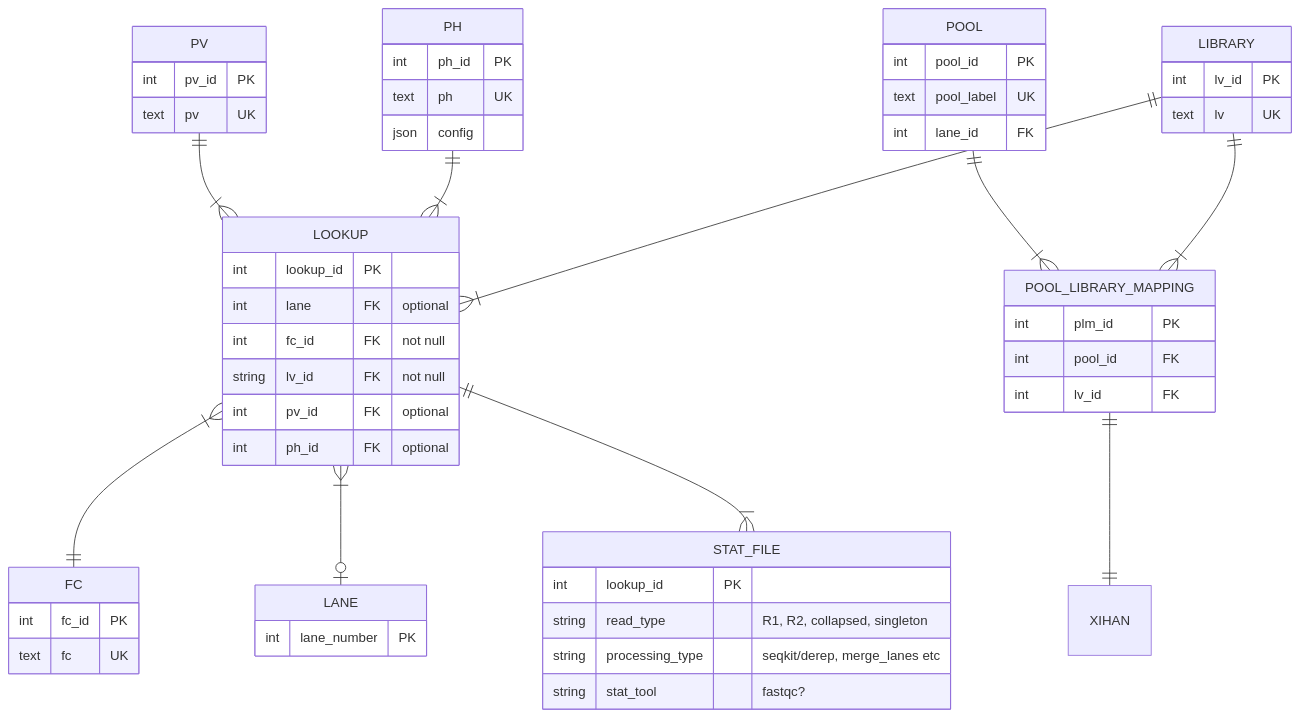
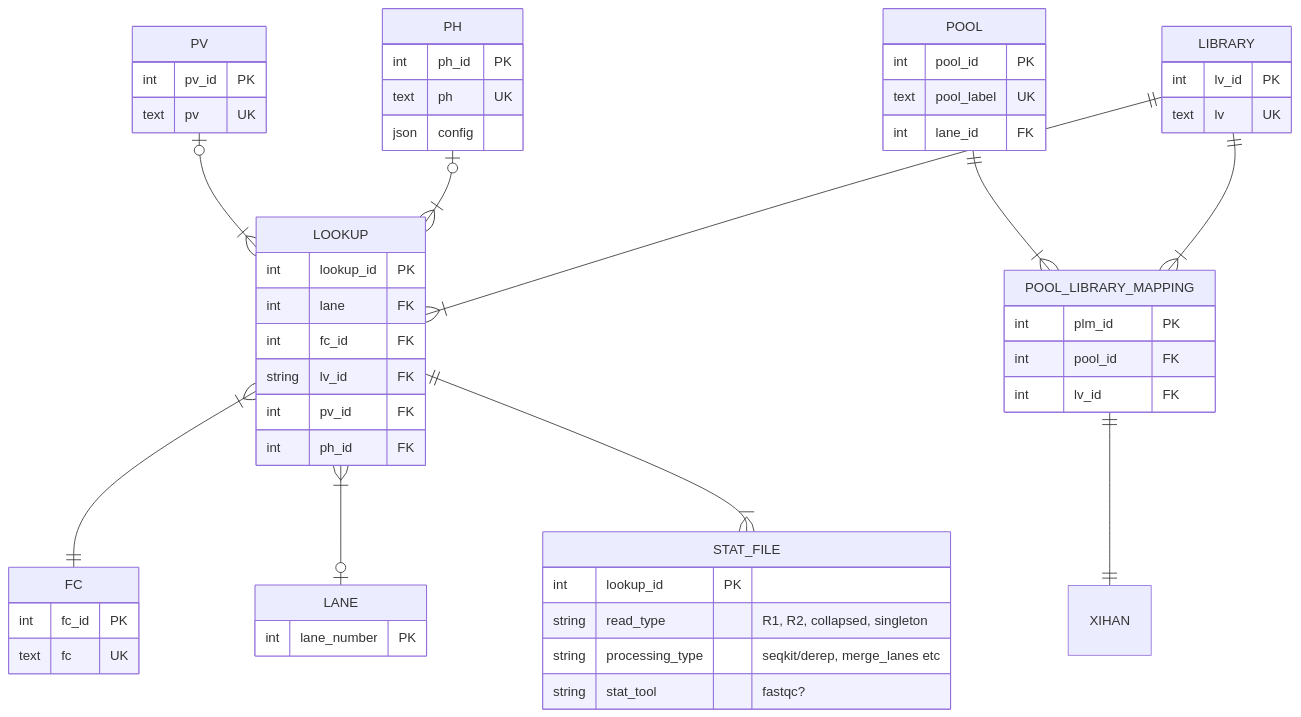
One commit to GeoGenetics/qc-parser changed the diagram in diagrams/main diagrams/partly normalized_2.md. Above: the diagram before and after it, drawn with Mermaid. The commit also changed other lines of this file, not shown here.

Commit message:
Revise ER diagram and add notes on lane merge issue
Updated the ER diagram to reflect optional relationships for PV and PH. Added a note about fixing the lane merge issue and suggested defining pipeline and sequencing as processes.

````diff
--- a/diagrams/main diagrams/partly normalized_2.md
+++ b/diagrams/main diagrams/partly normalized_2.md
@@ -1,71 +2,71 @@
 ```mermaid
 erDiagram
-    PV ||--|{ LOOKUP : ""
-    PH ||--|{ LOOKUP : ""
+    PV |o--|{ LOOKUP : ""
+    PH |o--|{ LOOKUP : ""
     LOOKUP }|--|| FC : ""
 
     POOL ||--|{ POOL_LIBRARY_MAPPING : ""
     LIBRARY ||--|{ POOL_LIBRARY_MAPPING : ""
     LOOKUP }|--o| LANE : ""
     LOOKUP ||--|{ STAT_FILE : ""
     LIBRARY ||--|{ LOOKUP : ""
     POOL_LIBRARY_MAPPING ||--|| XIHAN : ""
     
 
     
     LIBRARY {
         int lv_id PK
         text lv UK
     }
 
     FC {
         int fc_id PK
         text fc UK
     }
 
     LANE {
         int lane_number PK
     }
 
     LOOKUP {
         int lookup_id PK
-        int lane FK "optional"
-        int fc_id FK "not null"
-        string lv_id FK "not null"
-        int pv_id FK "optional"
-        int ph_id FK "optional"
+        int lane FK 
+        int fc_id FK
+        string lv_id FK 
+        int pv_id FK 
+        int ph_id FK 
     }
 
     POOL {
         int pool_id PK
         text pool_label UK
         int lane_id FK
     }
 
     POOL_LIBRARY_MAPPING {
         int plm_id PK
         int pool_id FK 
         int lv_id FK      
 }
 
     PV {
         int pv_id PK
         text pv UK
     }
 
     PH {
         int ph_id PK
         text ph UK
         json config
     }
 
     STAT_FILE {
         int lookup_id PK
         string read_type "R1, R2, collapsed, singleton"  
         string processing_type "seqkit/derep, merge_lanes etc"
         string stat_tool "fastqc?"
     }
 
 
 
 ```
````
